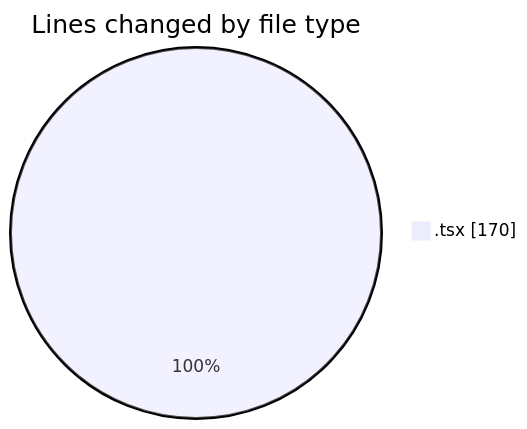
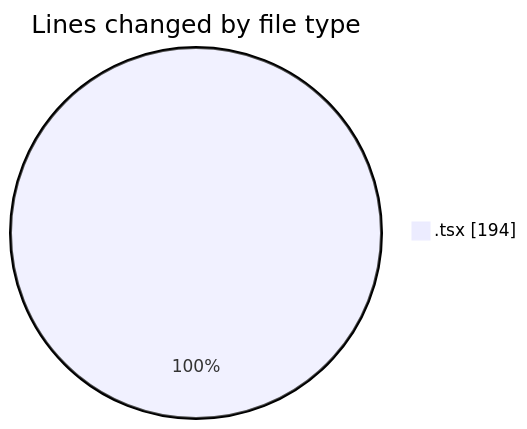
The first of 2 diagrams in 2026-07-10/nxtqube_webapp/README.md (nxtqubesakshisongat/code-tracking), drawn with Mermaid before and after one commit. The commit also changed other lines of this file and 1 other file, not shown here.

````diff
--- a/2026-07-10/nxtqube_webapp/README.md
+++ b/2026-07-10/nxtqube_webapp/README.md
@@ -22,5 +22,5 @@
 ```mermaid
 pie showData
 title Lines changed by file type
-".tsx" : 170
+".tsx" : 194
 ```
````
